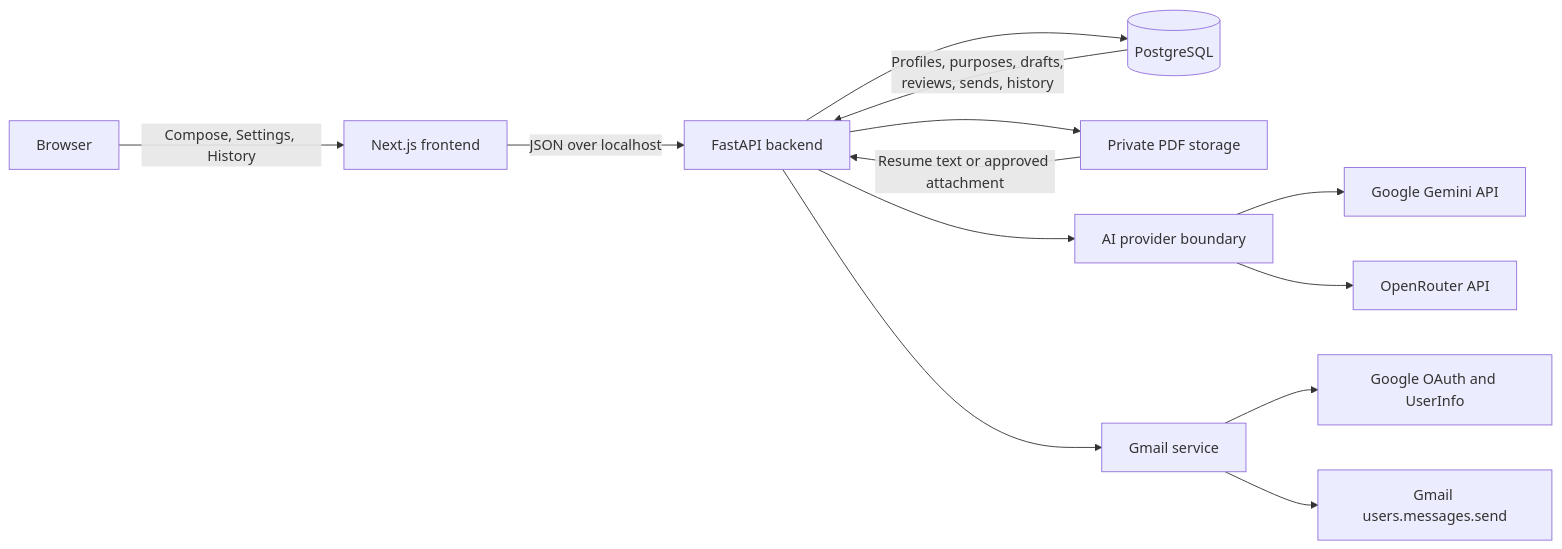
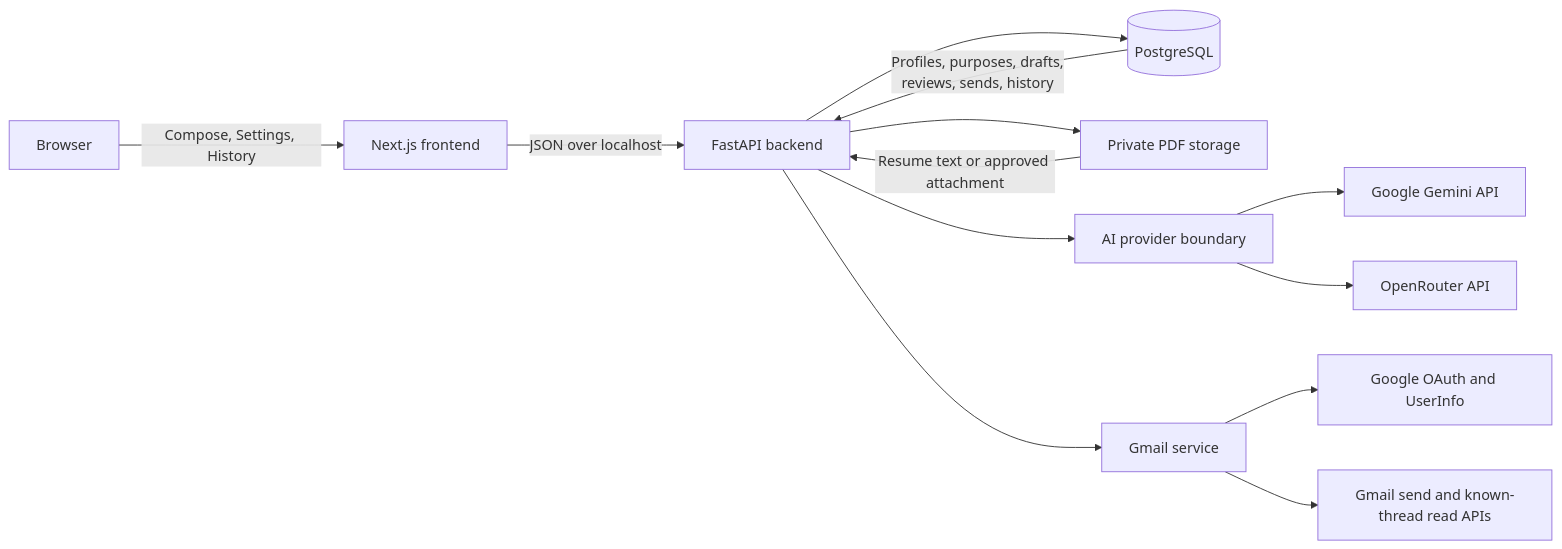
Before and after one commit to Shounak96/RecruitFlow-AI: the diagram in README.md, drawn with Mermaid. The commit also changed other lines of this file and 23 other files, not shown here.

````diff
--- a/README.md
+++ b/README.md
@@ -23,18 +25,18 @@
 ```mermaid
 flowchart LR
     U[Browser] -->|Compose, Settings, History| F[Next.js frontend]
     F -->|JSON over localhost| B[FastAPI backend]
 
     B --> DB[(PostgreSQL)]
     B --> FS[Private PDF storage]
     B --> AI[AI provider boundary]
     AI --> G[Google Gemini API]
     AI --> O[OpenRouter API]
 
     B --> GS[Gmail service]
     GS --> GO[Google OAuth and UserInfo]
-    GS --> GM[Gmail users.messages.send]
+    GS --> GM[Gmail send and known-thread read APIs]
 
     DB -->|Profiles, purposes, drafts,<br/>reviews, sends, history| B
     FS -->|Resume text or approved attachment| B
 ```
````
